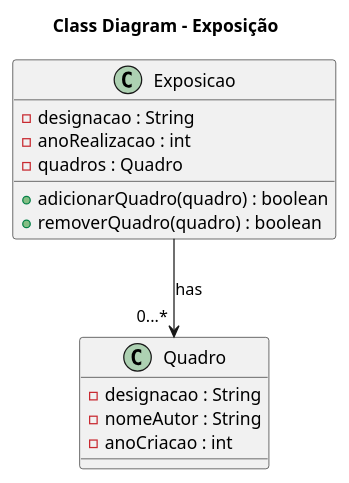
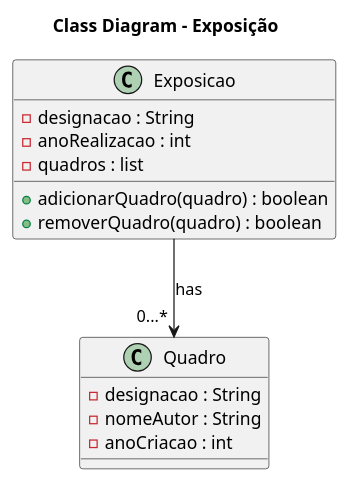
Before and after one commit to 1220812/PPROG: the diagram in src/main/java/Week8_PL/Exposicao/Class Diagram.puml, drawn with PlantUML. The commit also changed 6 other files, not shown here.

```diff
--- a/src/main/java/Week8_PL/Exposicao/Class Diagram.puml
+++ b/src/main/java/Week8_PL/Exposicao/Class Diagram.puml
@@ -1,22 +1,22 @@
 @startuml
 'https://plantuml.com/class-diagram
 
 Title Class Diagram - Exposição
 
 class Quadro{
 - designacao : String
 - nomeAutor : String
 - anoCriacao : int
 }
 
 class Exposicao{
 - designacao : String
 - anoRealizacao : int
-- quadros : Quadro
+- quadros : list
 + adicionarQuadro(quadro) : boolean
 + removerQuadro(quadro) : boolean
 }
 
 Exposicao --> "0...* " Quadro : has
 
 @enduml
```
